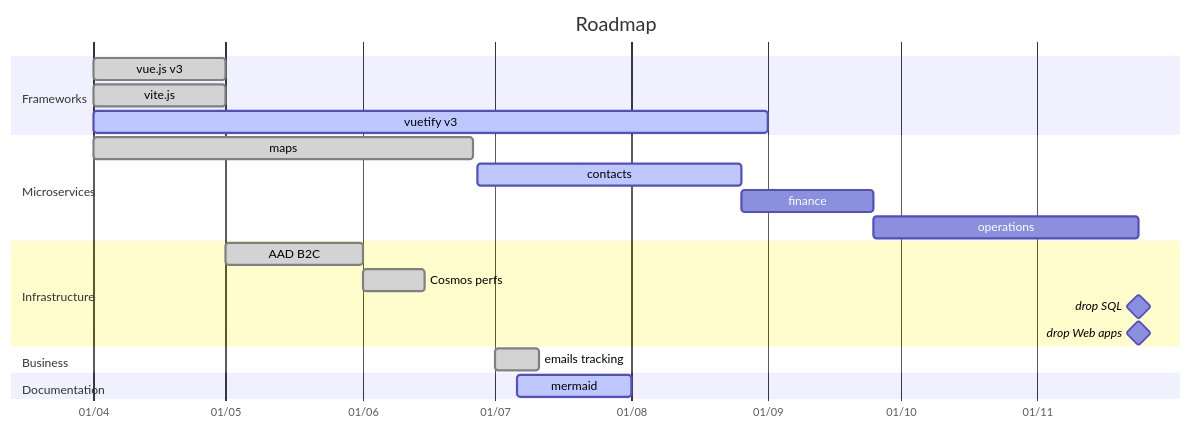
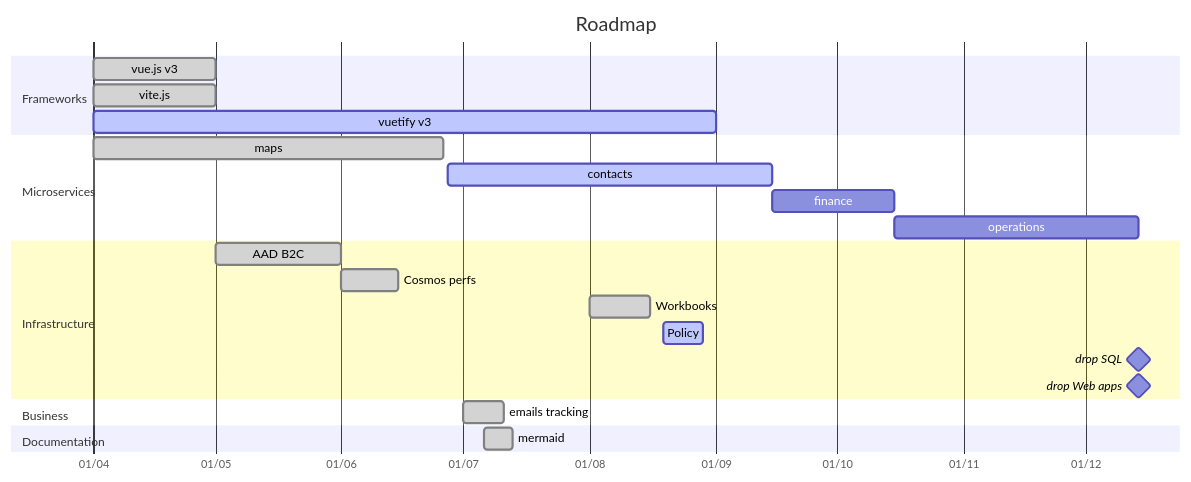
Before and after one commit to amilochau/.github: the diagram in docs/roadmap.md, drawn with Mermaid. The commit also changed other lines of this file, not shown here.

Commit message:
Update roadmap

````diff
--- a/docs/roadmap.md
+++ b/docs/roadmap.md
@@ -9,29 +9,31 @@
 ```mermaid
 gantt
   title Roadmap
   dateFormat YYYY-MM-DD
   axisFormat %d/%m
 
   section Frameworks
   vue.js v3       : done,       vue,        2022-04-01,               2022-05-01
   vite.js         : done,       vite,       2022-04-01,               2022-05-01
   vuetify v3      : active,     vuetify,    2022-04-01,               2022-09-01
 
   section Microservices
   maps            : done,       maps,       2022-04-01,               2022-06-26
-  contacts        : active,     contacts,   2022-06-27,               60d
+  contacts        : active,     contacts,   2022-06-27,               80d
   finance         :             finance,    after contacts,           30d
   operations      :             operations, after finance,            60d
 
   section Infrastructure
   AAD B2C         : done,       aadb2c,     2022-05-01,               2022-06-01
   Cosmos perfs    : done,       cosmos,     2022-06-01,               2022-06-15
+  Workbooks       : done,       workbooks,  2022-08-01,               2022-08-16
+  Policy          : active,     policy,     2022-08-19,               10d
   drop SQL        : milestone,  sql,        after operations,         0d
   drop Web apps   : milestone,  webapps,    after operations,         0d
 
   section Business
   emails tracking : done,     tracking,   2022-07-01,             10d
 
   section Documentation
-  mermaid         : active,     mermaid,    2022-07-06,               2022-08-01
+  mermaid         : done,     mermaid,    2022-07-06,               2022-07-13
 ```
````
